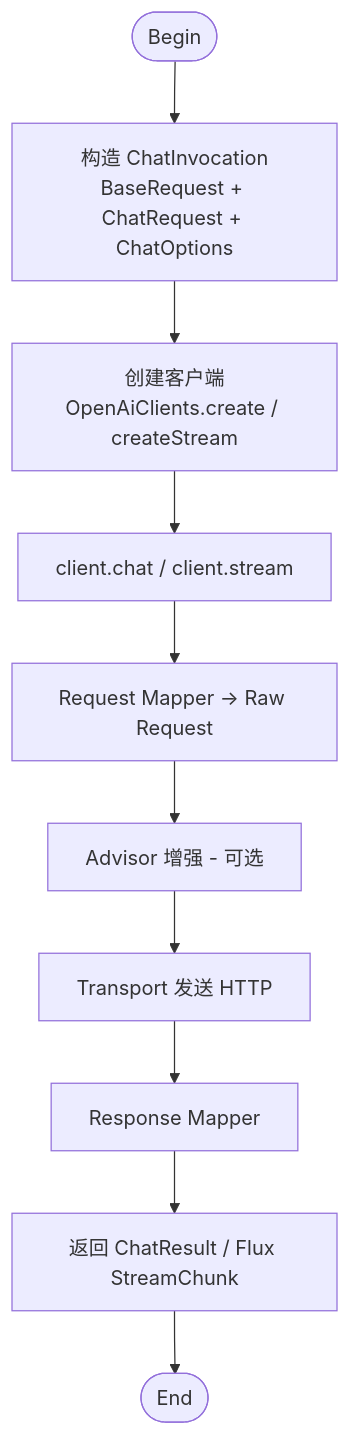
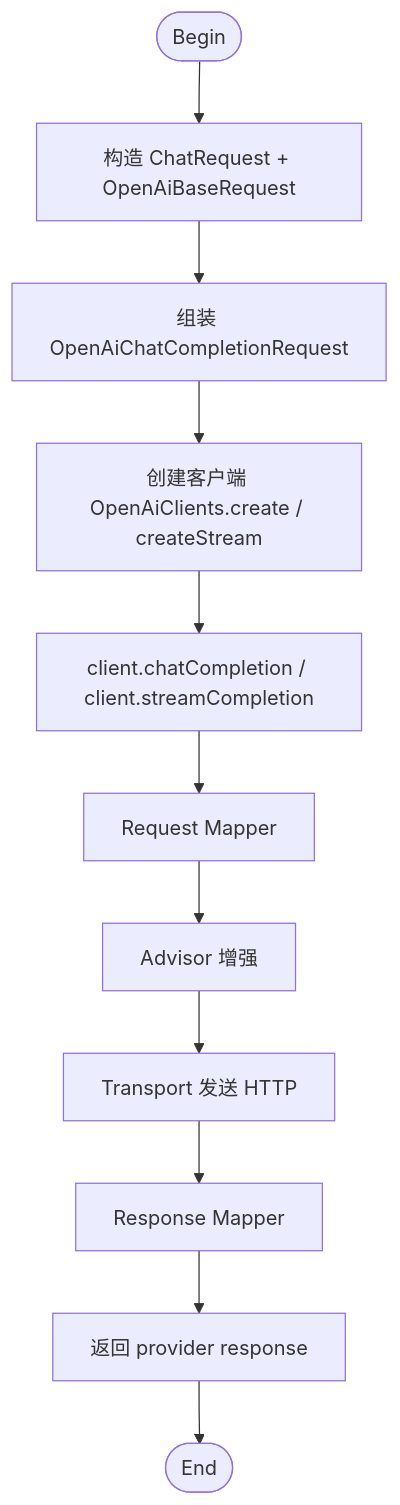
The first of 2 diagrams in docs/quick-start.md (Halcyonsong/liteagent-template), drawn with Mermaid before and after one commit. The commit also changed other lines of this file and 86 other files, not shown here.

````diff
--- a/docs/quick-start.md
+++ b/docs/quick-start.md
@@ -14,12 +16,13 @@
 ```mermaid
 flowchart TD
-    Begin([Begin]) --> A1[构造 ChatInvocation<br/>BaseRequest + ChatRequest + ChatOptions]
-    A1 --> A2[创建客户端<br/>OpenAiClients.create / createStream]
-    A2 --> A3[client.chat / client.stream]
-    A3 --> A4[Request Mapper → Raw Request]
-    A4 --> A5[Advisor 增强 - 可选]
-    A5 --> A6[Transport 发送 HTTP]
-    A6 --> A7[Response Mapper]
-    A7 --> A8[返回 ChatResult / Flux StreamChunk]
-    A8 --> End([End])
+    Begin([Begin]) --> A1[构造 ChatRequest + OpenAiBaseRequest]
+    A1 --> A2[组装 OpenAiChatCompletionRequest]
+    A2 --> A3[创建客户端 OpenAiClients.create / createStream]
+    A3 --> A4[client.chatCompletion / client.streamCompletion]
+    A4 --> A5[Request Mapper]
+    A5 --> A6[Advisor 增强]
+    A6 --> A7[Transport 发送 HTTP]
+    A7 --> A8[Response Mapper]
+    A8 --> A9[返回 provider response]
+    A9 --> End([End])
 ```
````
